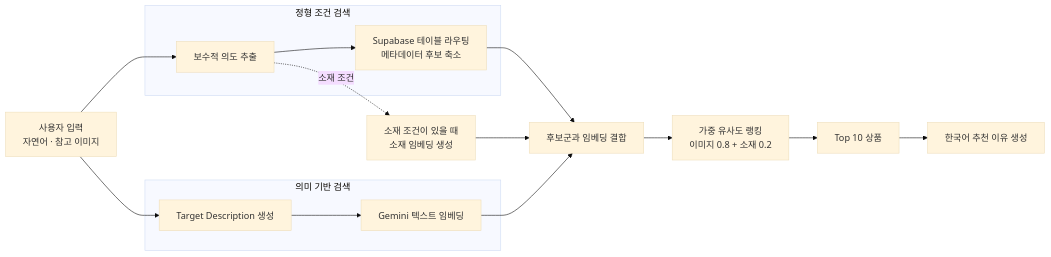
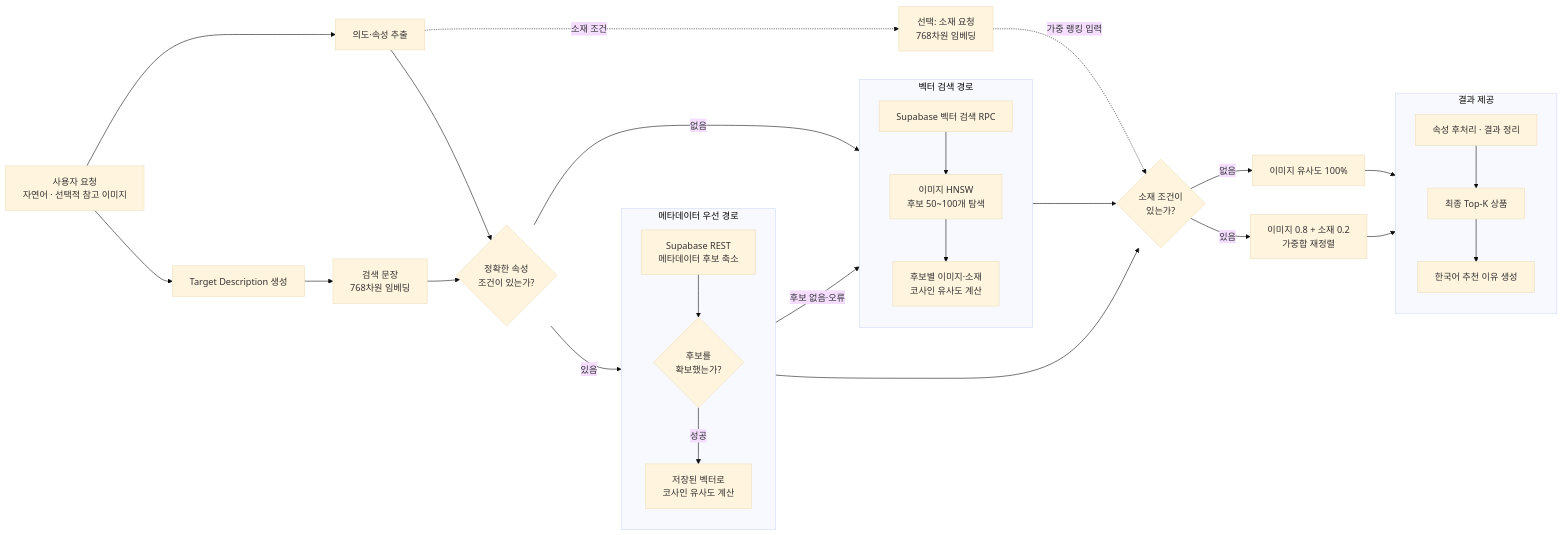
One commit to cs-f1t/f1t changed the diagram in README.md. Above: the diagram before and after it, drawn with Mermaid (base theme). The commit also changed other lines of this file, not shown here.

Commit message:
Clarify how recommendation candidates become final results
Constraint: The README pipeline must remain understandable without project-specific RPC knowledge.

Rejected: Presenting HNSW as the only retrieval path | metadata-first ranking is the primary path for exact attributes.

Confidence: high

Scope-risk: narrow

Directive: Keep the diagram synchronized with recommendation_service.py and the Supabase RPC fallback.

Tested: git diff --check; README Mermaid structure assertions.

Not-tested: Visual rendering after import into PowerPoint.

````diff
--- a/README.md
+++ b/README.md
@@ -61,30 +61,54 @@
 ```mermaid
 flowchart LR
-    A["사용자 입력<br/>자연어 · 참고 이미지"]
+    A["사용자 요청<br/>자연어 · 선택적 참고 이미지"]
+    B["의도·속성 추출"]
+    C["Target Description 생성"]
+    D["검색 문장<br/>768차원 임베딩"]
+    E["선택: 소재 요청<br/>768차원 임베딩"]
+    F{"정확한 속성<br/>조건이 있는가?"}
 
-    subgraph P1["정형 조건 검색"]
-        B["보수적 의도 추출"]
-        C["Supabase 테이블 라우팅<br/>메타데이터 후보 축소"]
-        B --> C
+    subgraph META["메타데이터 우선 경로"]
+        direction TB
+        G["Supabase REST<br/>메타데이터 후보 축소"]
+        H{"후보를<br/>확보했는가?"}
+        I["저장된 벡터로<br/>코사인 유사도 계산"]
+        G --> H
+        H -- 성공 --> I
     end
 
-    subgraph P2["의미 기반 검색"]
-        D["Target Description 생성"]
-        E["Gemini 텍스트 임베딩"]
-        D --> E
+    subgraph VECTOR["벡터 검색 경로"]
+        direction TB
+        J["Supabase 벡터 검색 RPC"]
+        K["이미지 HNSW<br/>후보 50~100개 탐색"]
+        L["후보별 이미지·소재<br/>코사인 유사도 계산"]
+        J --> K --> L
     end
 
-    F["소재 조건이 있을 때<br/>소재 임베딩 생성"]
-    G["후보군과 임베딩 결합"]
-    H["가중 유사도 랭킹<br/>이미지 0.8 + 소재 0.2"]
-    I["Top 10 상품"]
-    J["한국어 추천 이유 생성"]
+    M{"소재 조건이<br/>있는가?"}
+    N["이미지 유사도 100%"]
+    O["이미지 0.8 + 소재 0.2<br/>가중합 재정렬"]
+
+    subgraph RESULT["결과 제공"]
+        direction TB
+        P["속성 후처리 · 결과 정리"]
+        Q["최종 Top-K 상품"]
+        R["한국어 추천 이유 생성"]
+        P --> Q --> R
+    end
 
     A --> B
-    A --> D
-    B -. 소재 조건 .-> F
-    C --> G
-    E --> G
-    F --> G
-    G --> H --> I --> J
+    A --> C --> D
+    B -. 소재 조건 .-> E
+    B --> F
+    D --> F
+
+    F -- 있음 --> G
+    F -- 없음 --> J
+    H -- 후보 없음·오류 --> J
+    I --> M
+    L --> M
+    E -. 가중 랭킹 입력 .-> M
+
+    M -- 없음 --> N --> RESULT
+    M -- 있음 --> O --> RESULT
 ```
````
